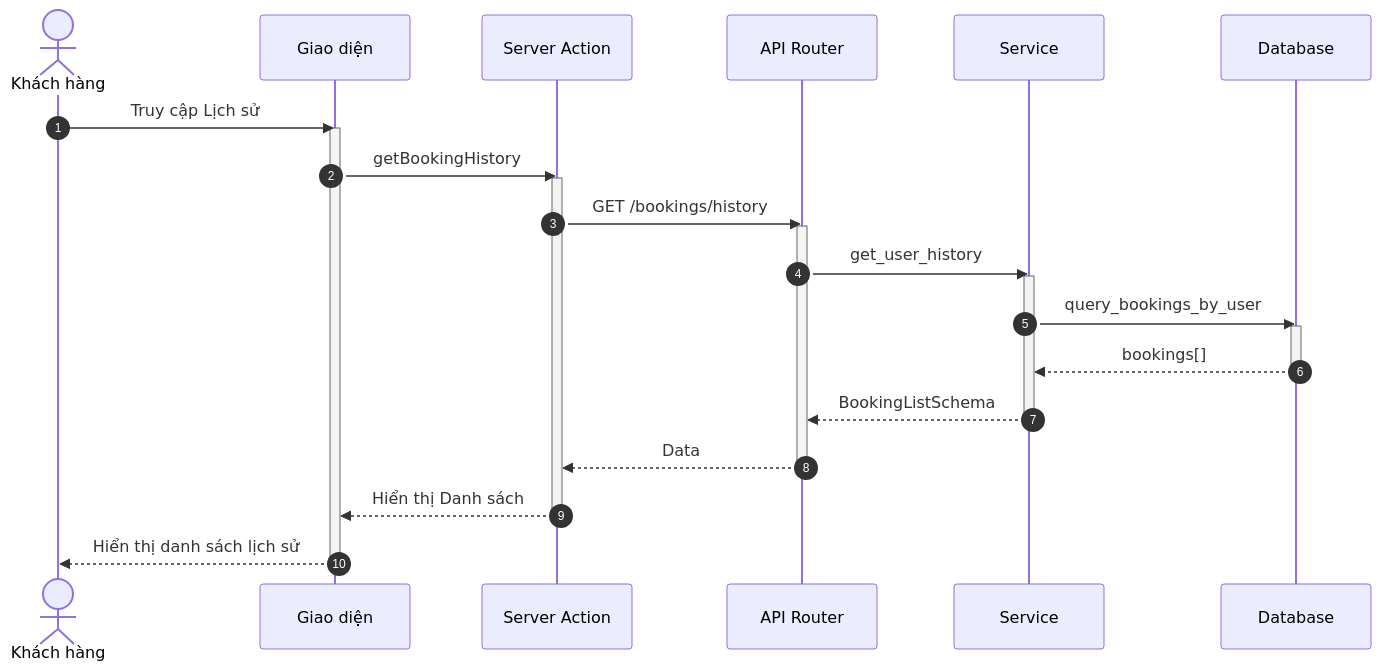
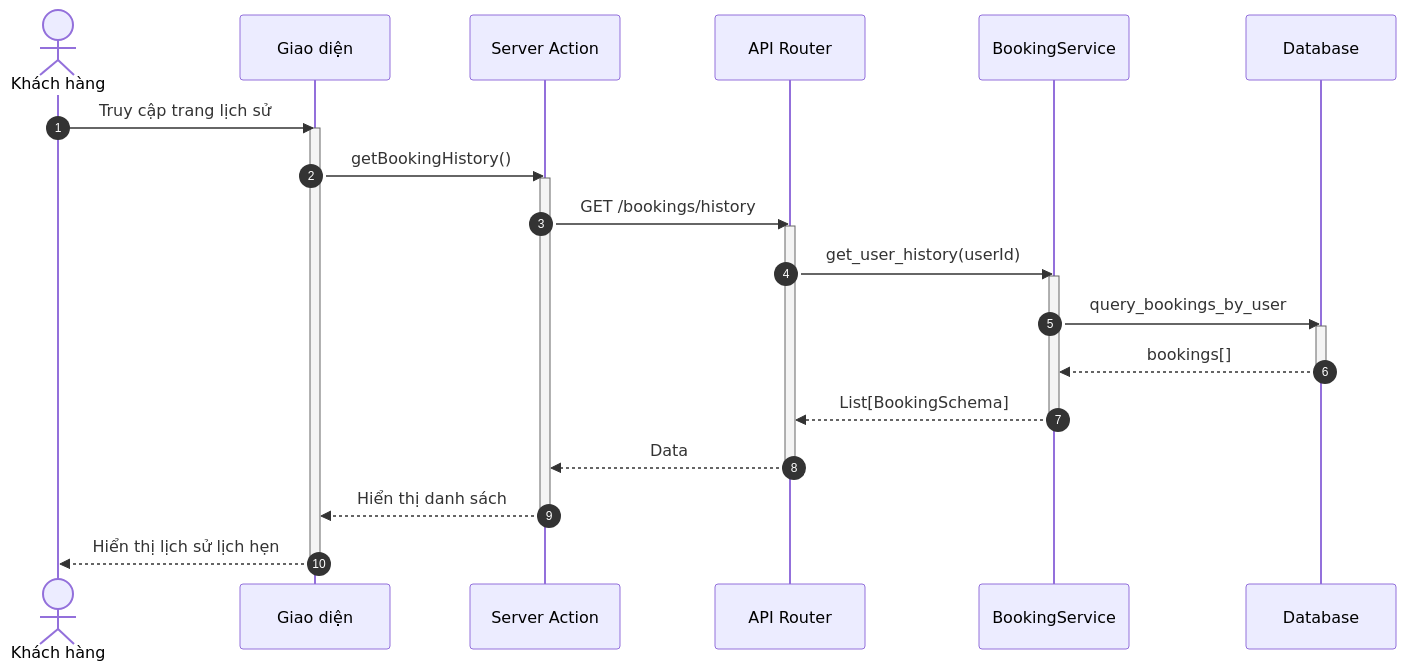
The seventh of 9 diagrams in docs/design/sequences/customer_flows.md (ngoctinn/Synapse), drawn with Mermaid before and after one commit. The commit also changed other lines of this file and 11 other files, not shown here.

Commit message:
docs: Add initial design documentation, including architecture, UI, use cases, and detailed sequence diagrams for various user flows.

````diff
--- a/docs/design/sequences/customer_flows.md
+++ b/docs/design/sequences/customer_flows.md
@@ -319,38 +308,38 @@
 ```mermaid
 sequenceDiagram
     autonumber
     actor KH as Khách hàng
     participant UI as Giao diện
     participant BFF as Server Action
     participant API as API Router
-    participant S as Service
+    participant S as BookingService
     participant DB as Database
 
-    KH->>UI: Truy cập Lịch sử
+    KH->>UI: Truy cập trang lịch sử
     activate UI
-    UI->>BFF: getBookingHistory
+    UI->>BFF: getBookingHistory()
     activate BFF
 
     BFF->>API: GET /bookings/history
     activate API
 
-    API->>S: get_user_history
+    API->>S: get_user_history(userId)
     activate S
 
     S->>DB: query_bookings_by_user
     activate DB
     DB-->>S: bookings[]
     deactivate DB
 
-    S-->>API: BookingListSchema
+    S-->>API: List[BookingSchema]
     deactivate S
 
     API-->>BFF: Data
     deactivate API
 
-    BFF-->>UI: Hiển thị Danh sách
+    BFF-->>UI: Hiển thị danh sách
     deactivate BFF
 
-    UI-->>KH: Hiển thị danh sách lịch sử
+    UI-->>KH: Hiển thị lịch sử lịch hẹn
     deactivate UI
 ```
````
